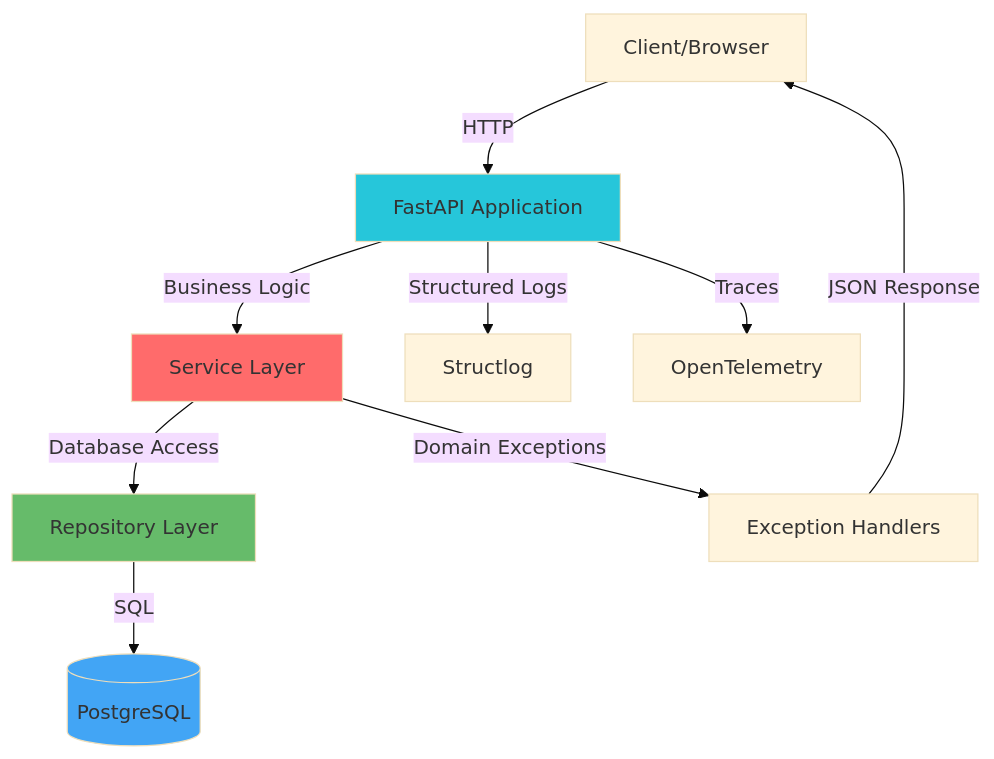
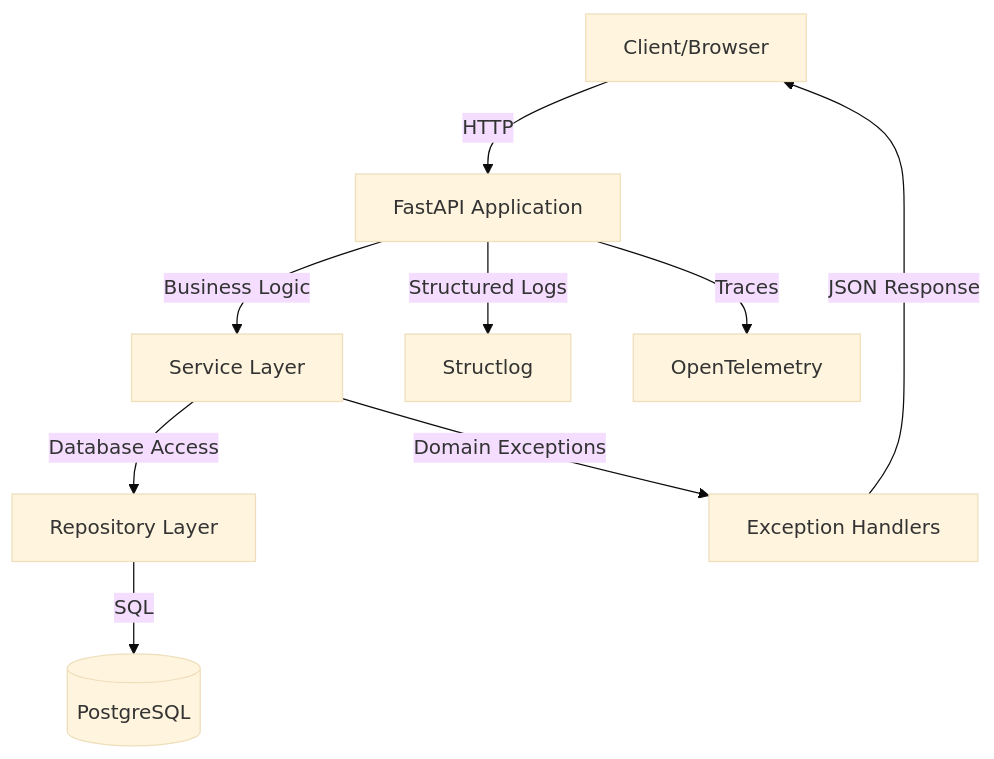
Before and after one commit to balakmran/fastapi-backend: the diagram in docs/index.md, drawn with Mermaid (base theme). The commit also changed 23 other files, not shown here.

````diff
--- a/docs/index.md
+++ b/docs/index.md
@@ -73,18 +73,13 @@
 ```mermaid
 graph TB
     Client[Client/Browser] -->|HTTP| FastAPI[FastAPI Application]
     FastAPI -->|Business Logic| Service[Service Layer]
     Service -->|Database Access| Repository[Repository Layer]
     Repository -->|SQL| PostgreSQL[(PostgreSQL)]
 
     FastAPI -->|Structured Logs| Structlog[Structlog]
     FastAPI -->|Traces| OTEL[OpenTelemetry]
 
     Service -->|Domain Exceptions| Handlers[Exception Handlers]
     Handlers -->|JSON Response| Client
-
-    style FastAPI fill:#26C6DA
-    style PostgreSQL fill:#42A5F5
-    style Service fill:#FF6B6B
-    style Repository fill:#66BB6A
 ```
````
